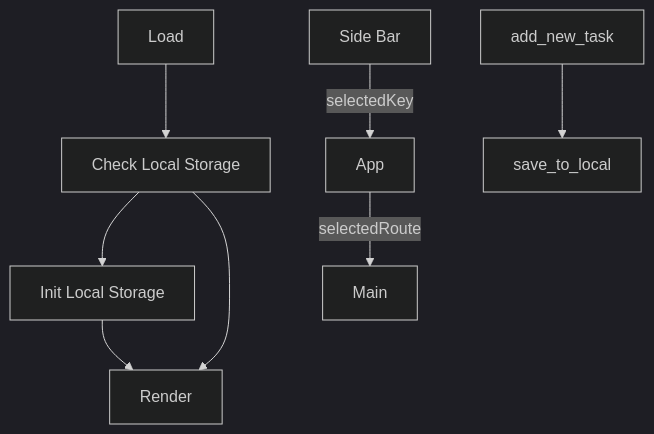
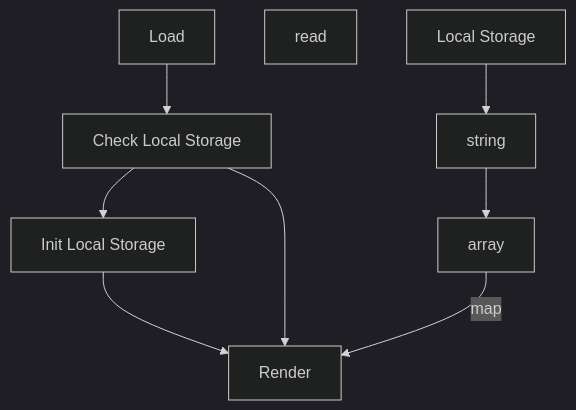
One commit to MattisZheng/sisyphus_stone changed the first of 2 diagrams in README.md. Above: the diagram before and after it, drawn with Mermaid (dark theme). The commit also changed 7 other files, not shown here.

````diff
--- a/README.md
+++ b/README.md
@@ -34,19 +34,15 @@
 ```mermaid
 flowchart TD
 
   load[Load]
   get[Check Local Storage]
   init[Init Local Storage]
   render[Render]
 
   load --> get --> init --> render
   get --> render
 
-  sidebar[Side Bar]
-  main[Main]
-  app[App]
-  sidebar -->|selectedKey| app -->|selectedRoute| main
-
-  add_new_task --> save_to_local
+  read
+  local[Local Storage] --> string --> array -->|map| render
 
 ```
````
